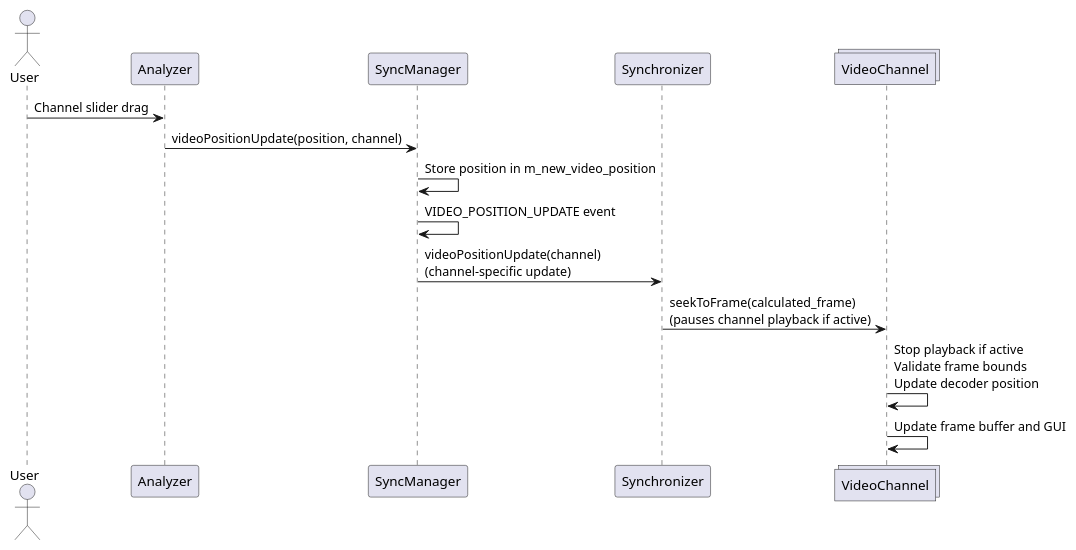
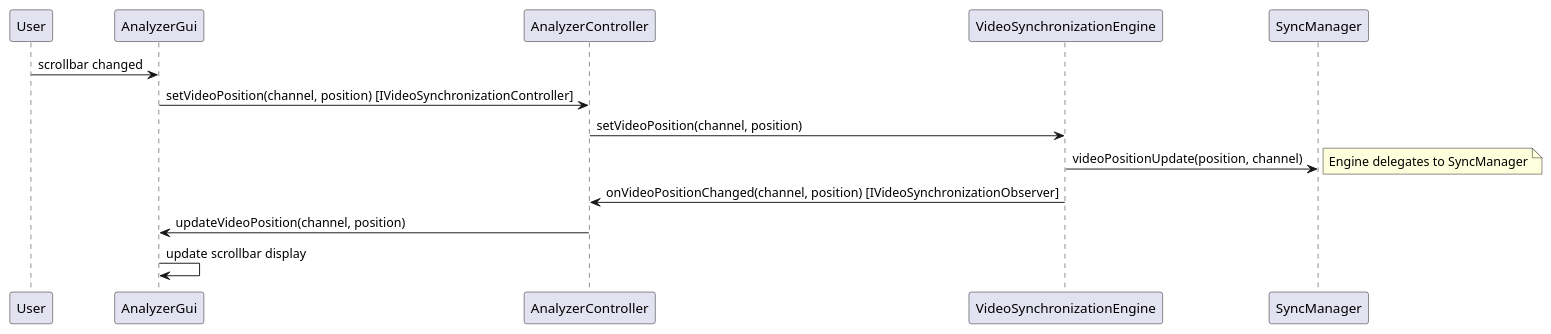
The second of 6 diagrams in design/Scroll bar synchronization.md (timwalsh41/SwingAnalyzer), drawn with PlantUML before and after one commit. The commit also changed other lines of this file and 2 other files, not shown here.

Commit message:
Updated scroll bar synchronization documentation

````diff
--- a/design/Scroll bar synchronization.md
+++ b/design/Scroll bar synchronization.md
@@ -5,20 +83,19 @@
 ```plantuml
 @startuml
+participant "User" as U
+participant "AnalyzerGui" as AG
+participant "AnalyzerController" as AC
+participant "VideoSynchronizationEngine" as VSE
+participant "SyncManager" as SM
 
-actor User
-participant Analyzer
-participant SyncManager
-participant Synchronizer
-collections VideoChannel
+U -> AG: scrollbar changed
+AG -> AC: setVideoPosition(channel, position) [IVideoSynchronizationController]
+AC -> VSE: setVideoPosition(channel, position)
+VSE -> SM: videoPositionUpdate(position, channel)
+note right: Engine delegates to SyncManager
 
-User -> Analyzer : Channel slider drag
-Analyzer -> SyncManager : videoPositionUpdate(position, channel)
-SyncManager -> SyncManager : Store position in m_new_video_position
-SyncManager -> SyncManager : VIDEO_POSITION_UPDATE event
-SyncManager -> Synchronizer : videoPositionUpdate(channel)\n(channel-specific update)
-Synchronizer -> VideoChannel : seekToFrame(calculated_frame)\n(pauses channel playback if active)
-VideoChannel -> VideoChannel : Stop playback if active\nValidate frame bounds\nUpdate decoder position
-VideoChannel -> VideoChannel : Update frame buffer and GUI
-
+VSE -> AC: onVideoPositionChanged(channel, position) [IVideoSynchronizationObserver]
+AC -> AG: updateVideoPosition(channel, position)
+AG -> AG: update scrollbar display
 @enduml
 ```
````
